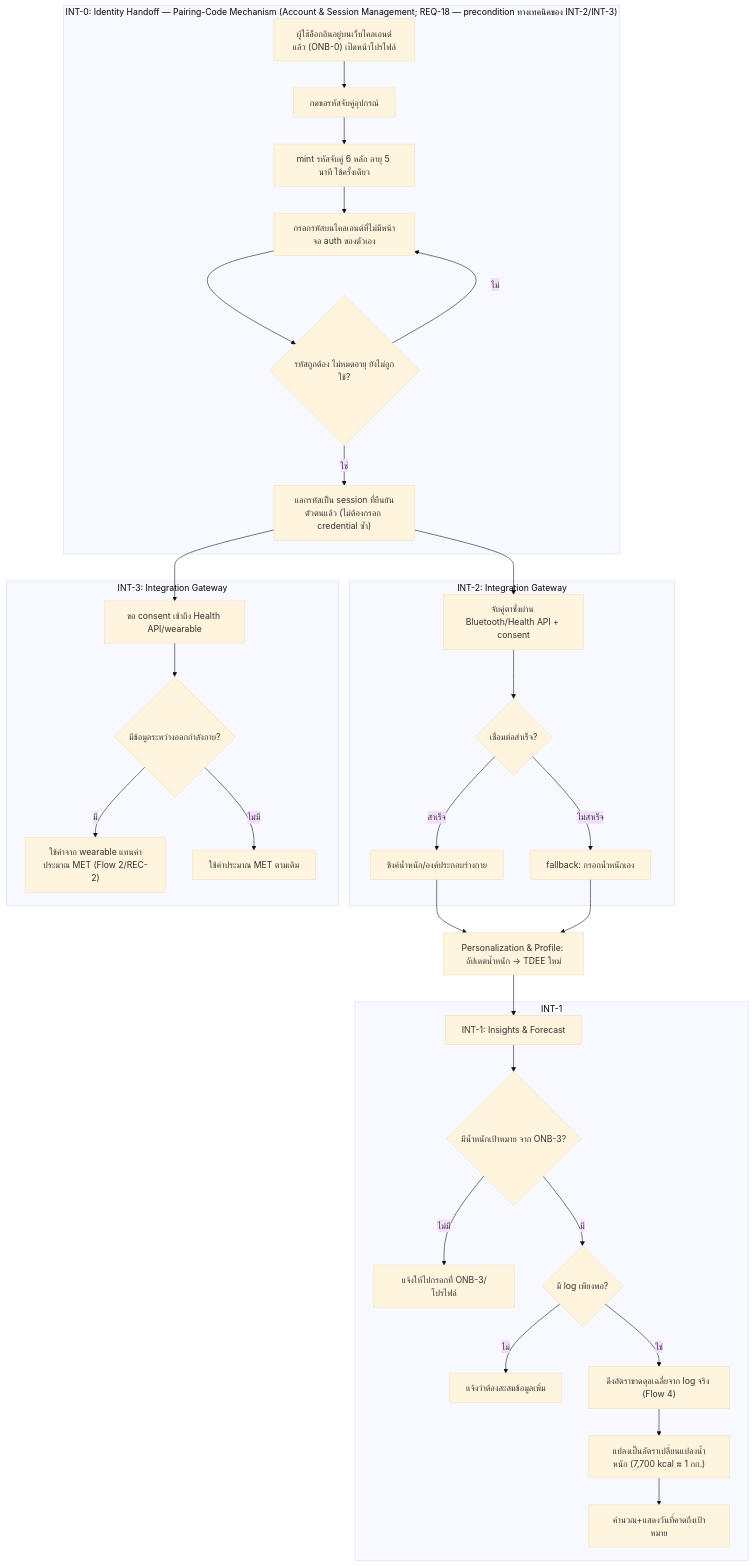
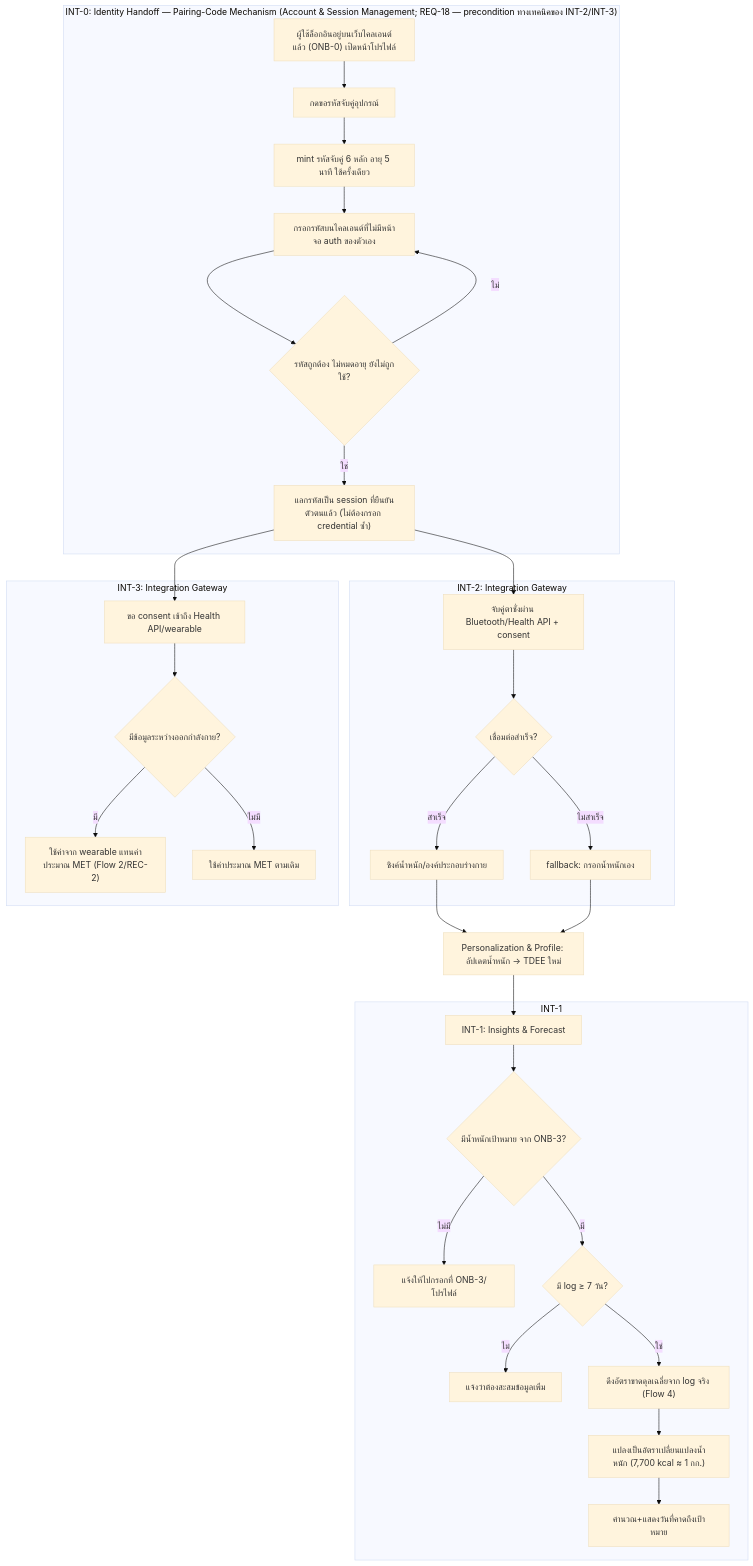
One commit to Kikofah/smartFit_daily changed the sixth of 6 diagrams in docs/02-design/02-technical/high-level-architecture.md. Above: the diagram before and after it, drawn with Mermaid (base theme). The commit also changed other lines of this file and 30 other files, not shown here.

````diff
--- a/docs/02-design/02-technical/high-level-architecture.md
+++ b/docs/02-design/02-technical/high-level-architecture.md
@@ -416,35 +421,35 @@
 ```mermaid
 flowchart TD
     subgraph PAIR["INT-0: Identity Handoff — Pairing-Code Mechanism (Account & Session Management; REQ-18 — precondition ทางเทคนิคของ INT-2/INT-3)"]
         Q1["ผู้ใช้ล็อกอินอยู่บนเว็บไคลเอนต์แล้ว (ONB-0) เปิดหน้าโปรไฟล์"] --> Q2["กดขอรหัสจับคู่อุปกรณ์"]
         Q2 --> Q3["mint รหัสจับคู่ 6 หลัก อายุ 5 นาที ใช้ครั้งเดียว"]
         Q3 --> Q4["กรอกรหัสบนไคลเอนต์ที่ไม่มีหน้าจอ auth ของตัวเอง"]
         Q4 --> Q5{"รหัสถูกต้อง ไม่หมดอายุ ยังไม่ถูกใช้?"}
         Q5 -- ไม่ --> Q4
         Q5 -- ใช่ --> Q6["แลกรหัสเป็น session ที่ยืนยันตัวตนแล้ว (ไม่ต้องกรอก credential ซ้ำ)"]
     end
     subgraph INT2["INT-2: Integration Gateway"]
         Q6 --> S1
         S1["จับคู่ตาชั่งผ่าน Bluetooth/Health API + consent"] --> S2{"เชื่อมต่อสำเร็จ?"}
         S2 -- สำเร็จ --> S3["ซิงค์น้ำหนัก/องค์ประกอบร่างกาย"]
         S2 -- ไม่สำเร็จ --> S4["fallback: กรอกน้ำหนักเอง"]
     end
     subgraph INT3["INT-3: Integration Gateway"]
         Q6 --> W1
         W1["ขอ consent เข้าถึง Health API/wearable"] --> W2{"มีข้อมูลระหว่างออกกำลังกาย?"}
         W2 -- มี --> W3["ใช้ค่าจาก wearable แทนค่าประมาณ MET (Flow 2/REC-2)"]
         W2 -- ไม่มี --> W4["ใช้ค่าประมาณ MET ตามเดิม"]
     end
     S3 --> P["Personalization & Profile: อัปเดตน้ำหนัก → TDEE ใหม่"]
     S4 --> P
     P --> I1["INT-1: Insights & Forecast"]
     subgraph INT1["INT-1"]
         I1 --> I2{"มีน้ำหนักเป้าหมาย จาก ONB-3?"}
         I2 -- ไม่มี --> I3["แจ้งให้ไปกรอกที่ ONB-3/โปรไฟล์"]
-        I2 -- มี --> I4{"มี log เพียงพอ?"}
+        I2 -- มี --> I4{"มี log ≥ 7 วัน?"}
         I4 -- ไม่ --> I5["แจ้งว่าต้องสะสมข้อมูลเพิ่ม"]
         I4 -- ใช่ --> I6["ดึงอัตราขาดดุลเฉลี่ยจาก log จริง (Flow 4)"]
         I6 --> I7["แปลงเป็นอัตราเปลี่ยนแปลงน้ำหนัก (7,700 kcal ≈ 1 กก.)"]
         I7 --> I8["คำนวณ+แสดงวันที่คาดถึงเป้าหมาย"]
     end
 ```
````
